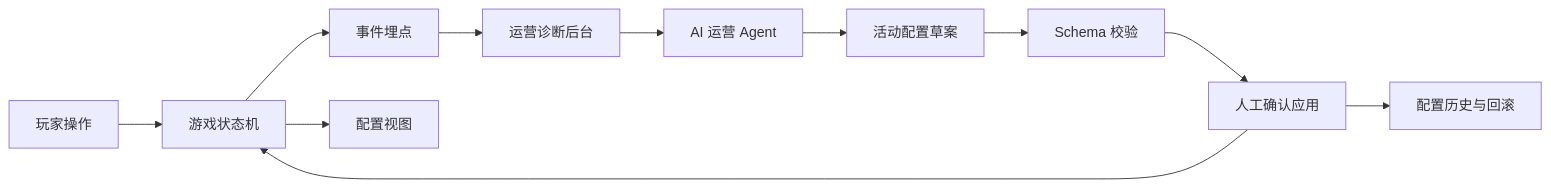
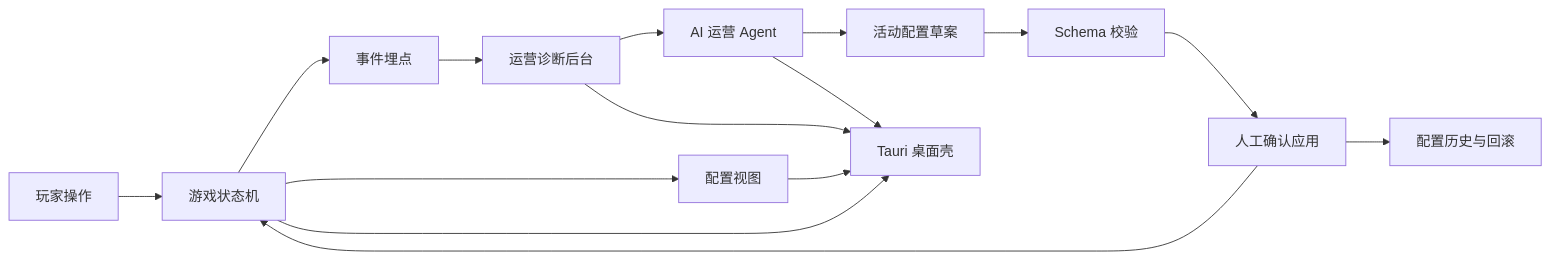
One commit to Ey1afjalla/second-game changed the diagram in docs/Architecture.md. Above: the diagram before and after it, drawn with Mermaid. The commit also changed other lines of this file and 30 other files, not shown here.

````diff
--- a/docs/Architecture.md
+++ b/docs/Architecture.md
@@ -7,13 +7,17 @@
 ```mermaid
 flowchart LR
   Player["玩家操作"] --> Game["游戏状态机"]
   Game --> Events["事件埋点"]
   Events --> Ops["运营诊断后台"]
   Ops --> Agent["AI 运营 Agent"]
   Game --> Config["配置视图"]
   Agent --> Draft["活动配置草案"]
   Draft --> Validate["Schema 校验"]
   Validate --> Apply["人工确认应用"]
   Apply --> Game
   Apply --> History["配置历史与回滚"]
+  Game --> Tauri["Tauri 桌面壳"]
+  Ops --> Tauri
+  Agent --> Tauri
+  Config --> Tauri
 ```
````
